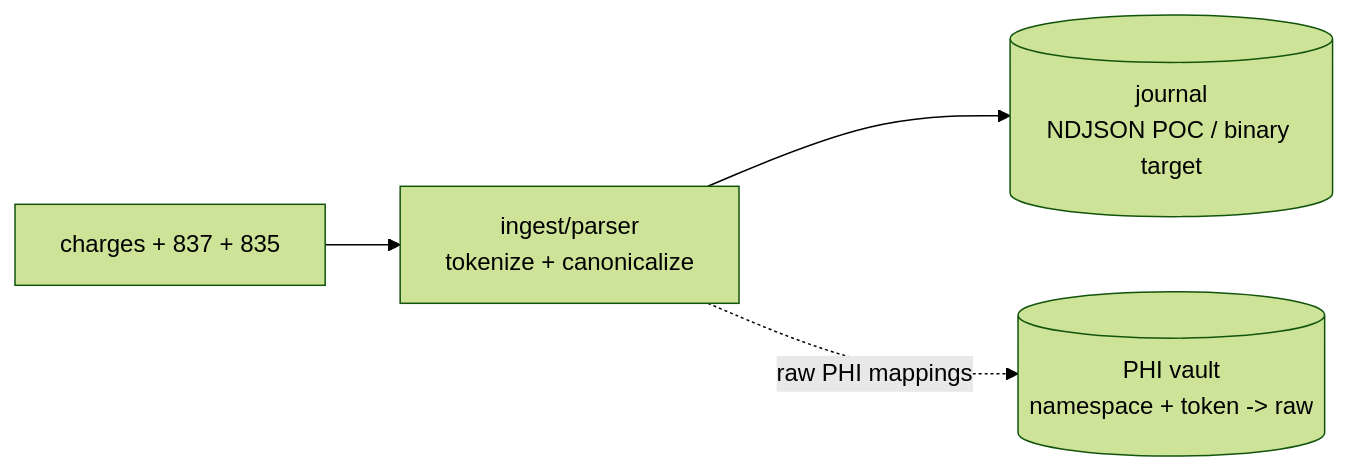
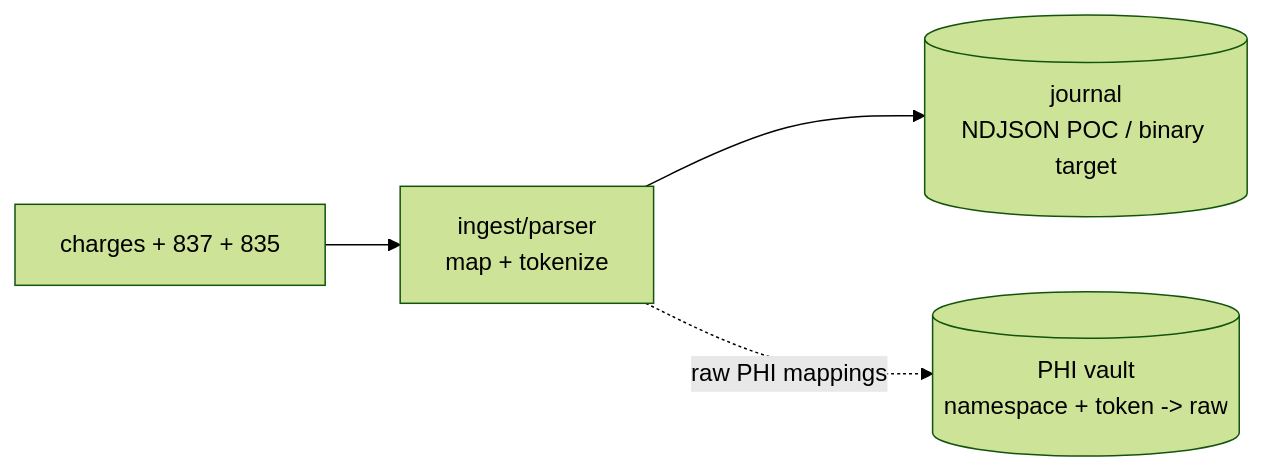
One commit to AlexJReid/scribe changed the first of 2 diagrams in README.md. Above: the diagram before and after it, drawn with Mermaid (forest theme). The commit also changed other lines of this file, not shown here.

````diff
--- a/README.md
+++ b/README.md
@@ -35,11 +35,11 @@
 ```mermaid
 flowchart LR
     input["charges + 837 + 835"]
-    ingest["ingest/parser<br/>tokenize + canonicalize"]
+    ingest["ingest/parser<br/>map + tokenize"]
     journal[("journal<br/>NDJSON POC / binary target")]
     vault[("PHI vault<br/>namespace + token -> raw")]
 
     input --> ingest
     ingest --> journal
     ingest -. raw PHI mappings .-> vault
 ```
````
